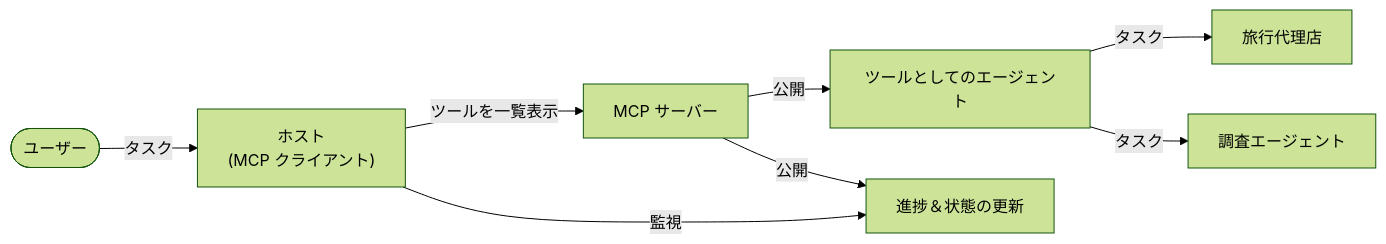
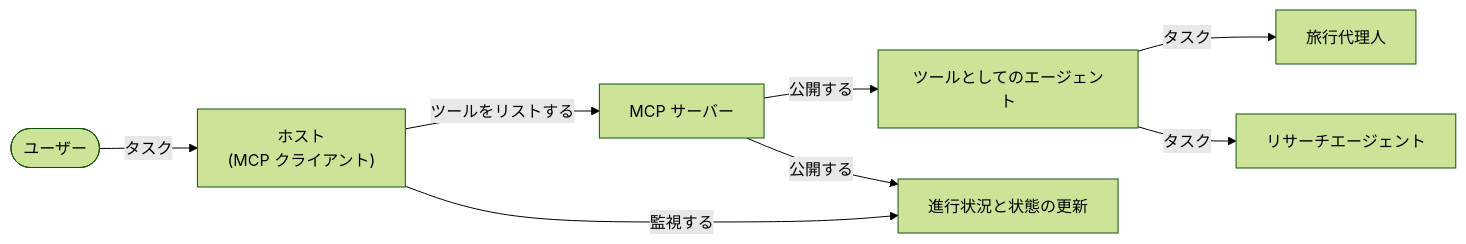
The fifth of 5 diagrams in mirrors/repos/microsoft@ai-agents-for-beginners/translations/ja/11-agentic-protocols/code_samples/mcp-agents/README.md (gabrielmoreira/agent-skills-mirror), drawn with Mermaid (forest theme) before and after one commit. The commit also changed other lines of this file and 4262 other files, not shown here.

````diff
--- a/mirrors/repos/microsoft@ai-agents-for-beginners/translations/ja/11-agentic-protocols/code_samples/mcp-agents/README.md
+++ b/mirrors/repos/microsoft@ai-agents-for-beginners/translations/ja/11-agentic-protocols/code_samples/mcp-agents/README.md
@@ -433,15 +448,15 @@
 ```mermaid
 graph LR
     User([ユーザー]) -->|"タスク"| Host["ホスト<br/>(MCP クライアント)"]
-    Host -->|ツールを一覧表示| Server[MCP サーバー]
-    Server -->|公開| AgentsTools[ツールとしてのエージェント]
-    AgentsTools -->|タスク| AgentA[旅行代理店]
-    AgentsTools -->|タスク| AgentB[調査エージェント]
+    Host -->|ツールをリストする| Server[MCP サーバー]
+    Server -->|公開する| AgentsTools[ツールとしてのエージェント]
+    AgentsTools -->|タスク| AgentA[旅行代理人]
+    AgentsTools -->|タスク| AgentB[リサーチエージェント]
 
-    Host -->|監視| StateUpdates[進捗＆状態の更新]
-    Server -->|公開| StateUpdates
+    Host -->|監視する| StateUpdates[進行状況と状態の更新]
+    Server -->|公開する| StateUpdates
 
     class User user;
     class AgentA,AgentB agent;
     class Host,Server,StateUpdates core;
 ```
````
